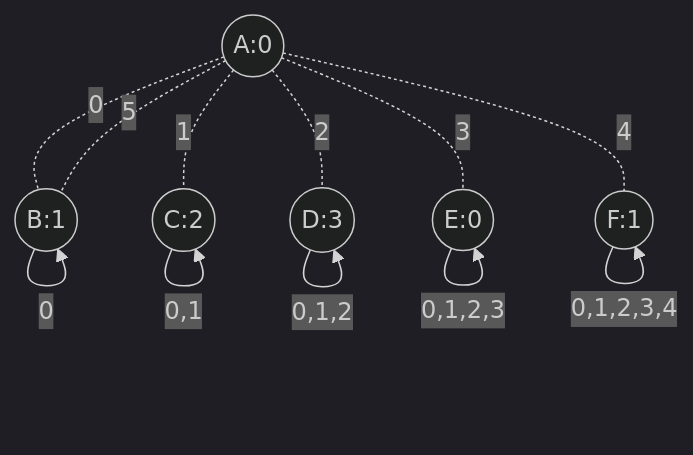
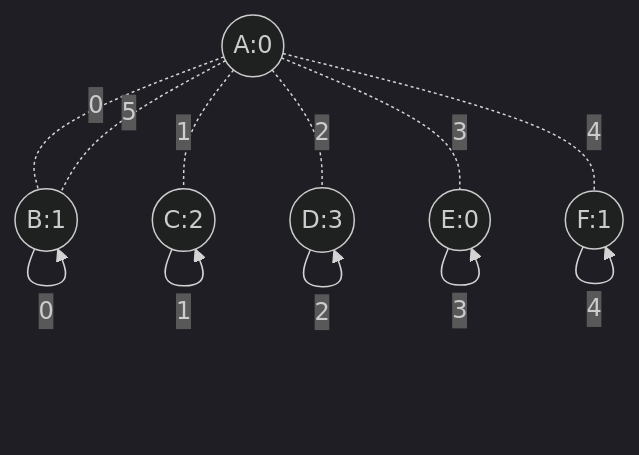
One commit to randomfunkstyle/randomfun2025swift changed the diagram in Resources/TestMaps/six_rooms_mixed.md. Above: the diagram before and after it, drawn with Mermaid (dark theme). The commit also changed 12 other files, not shown here.

````diff
--- a/Resources/TestMaps/six_rooms_mixed.md
+++ b/Resources/TestMaps/six_rooms_mixed.md
@@ -3,29 +3,39 @@
 ```mermaid
 graph TD
     A((A:0))
     B((B:1))
     C((C:2))
     D((D:3))
     E((E:0))
     F((F:1))
     
     %% A has 0 self-loops (all doors connect out)
     %% B has 1 self-loop
     %% C has 2 self-loops
     %% D has 3 self-loops
     %% E has 4 self-loops
     %% F has 5 self-loops
     
     A -.0.- B
     A -.1.- C
     A -.2.- D
     A -.3.- E
     A -.4.- F
     A -.5.- B
     
     B --0--> B
-    C --0,1--> C
-    D --0,1,2--> D
-    E --0,1,2,3--> E
-    F --0,1,2,3,4--> F
+    C --0--> C
+    C --1--> C
+    D --0--> D
+    D --1--> D
+    D --2--> D
+    E --0--> E
+    E --1--> E
+    E --2--> E
+    E --3--> E
+    F --0--> F
+    F --1--> F
+    F --2--> F
+    F --3--> F
+    F --4--> F
 ```
````
